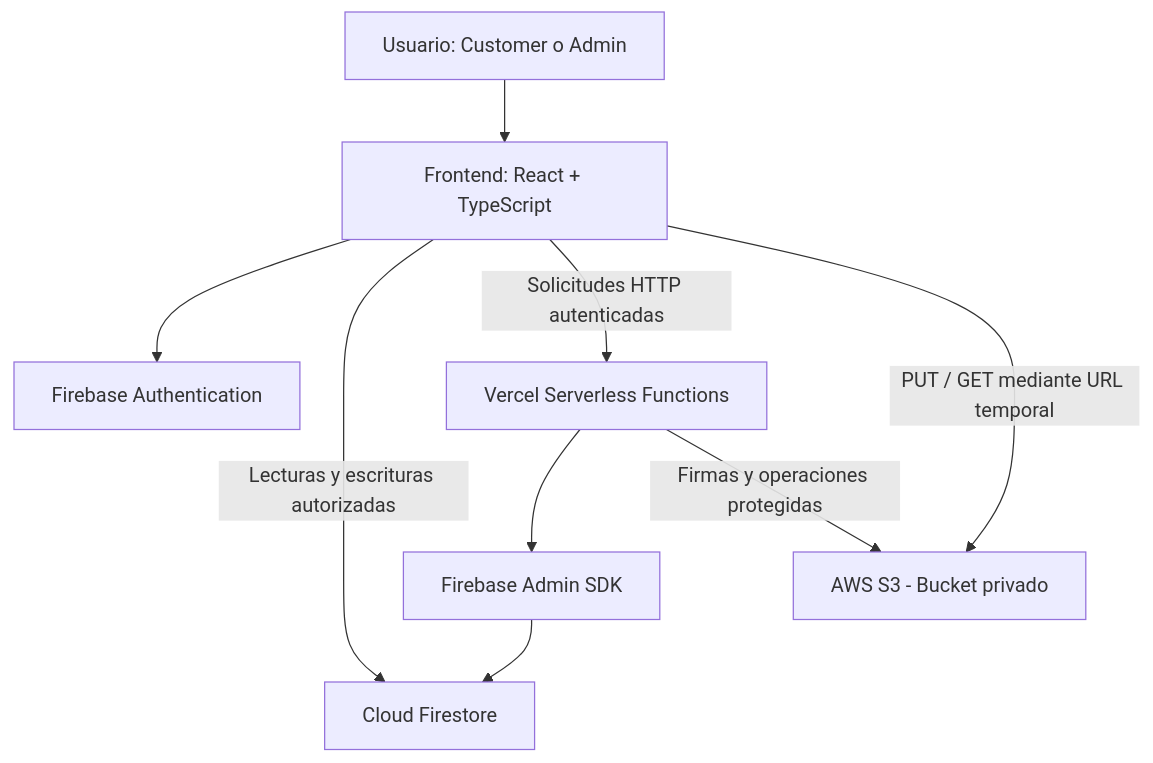
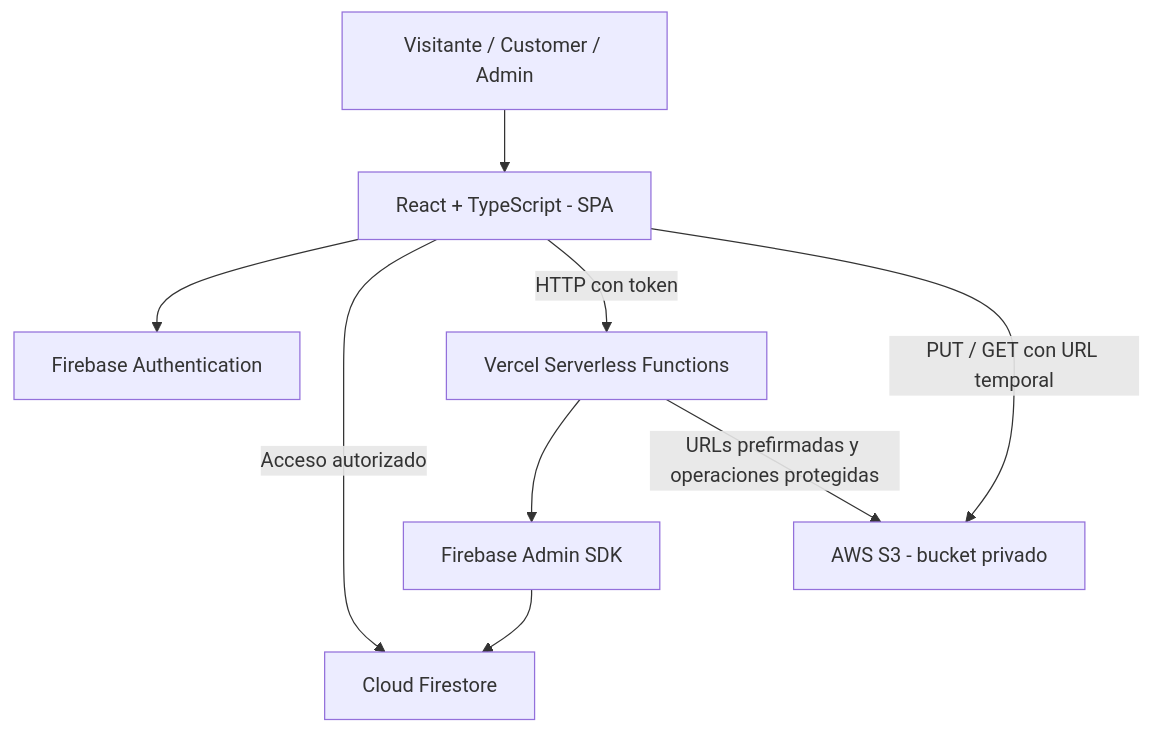
One commit to mllopezc-cmd/Papelcorpsac-e-commerce changed the diagram in README.md. Above: the diagram before and after it, drawn with Mermaid. The commit also changed other lines of this file and 3 other files, not shown here.

````diff
--- a/README.md
+++ b/README.md
@@ -118,19 +103,11 @@
 ```mermaid
 flowchart TD
-    U["Usuario: Customer o Admin"]
-    FE["Frontend: React + TypeScript"]
-    AUTH["Firebase Authentication"]
-    DB["Cloud Firestore"]
-    API["Vercel Serverless Functions"]
-    ADMIN["Firebase Admin SDK"]
-    S3["AWS S3 - Bucket privado"]
-
-    U --> FE
-    FE --> AUTH
-    FE -->|"Lecturas y escrituras autorizadas"| DB
-    FE -->|"Solicitudes HTTP autenticadas"| API
-    API --> ADMIN
+    U["Visitante / Customer / Admin"] --> FE["React + TypeScript - SPA"]
+    FE --> AUTH["Firebase Authentication"]
+    FE -->|"Acceso autorizado"| DB["Cloud Firestore"]
+    FE -->|"HTTP con token"| API["Vercel Serverless Functions"]
+    API --> ADMIN["Firebase Admin SDK"]
     ADMIN --> DB
-    API -->|"Firmas y operaciones protegidas"| S3
-    FE -->|"PUT / GET mediante URL temporal"| S3
+    API -->|"URLs prefirmadas y operaciones protegidas"| S3["AWS S3 - bucket privado"]
+    FE -->|"PUT / GET con URL temporal"| S3
 ```
````
